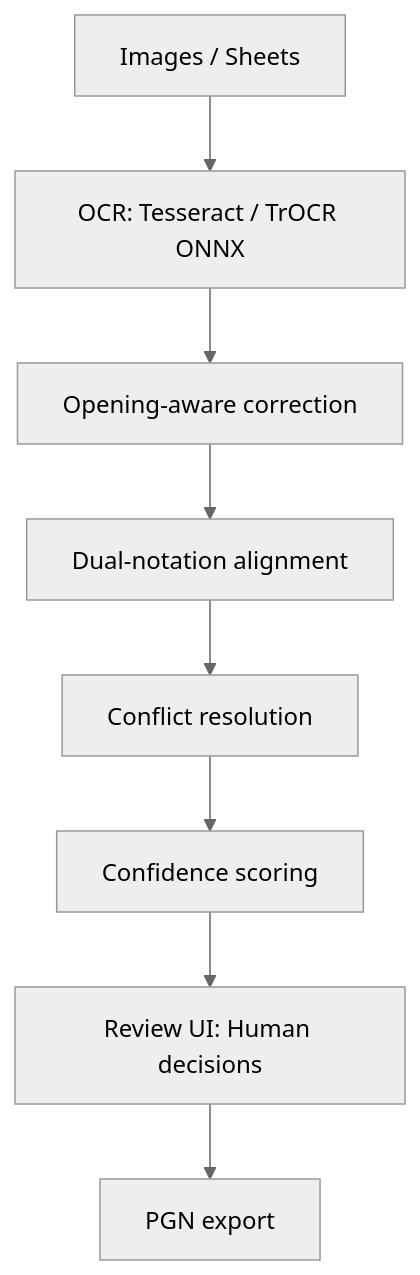
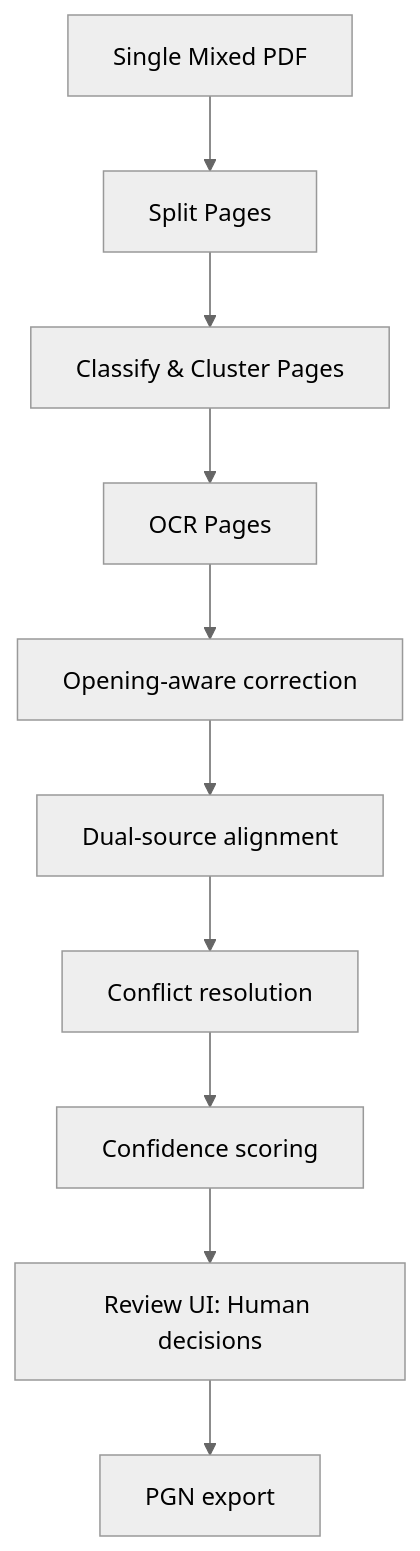
Before and after one commit to mreddy-adulla/chess-in-one-ocr: the third of 3 diagrams in v_8_distributed_deployment_and_release_plan.md, drawn with Mermaid (neutral theme). The commit also changed other lines of this file and 5 other files, not shown here.

Commit message:
Phase 2: Dual-Notation Reconciliation (Updated for Mixed PDF)

````diff
--- a/v_8_distributed_deployment_and_release_plan.md
+++ b/v_8_distributed_deployment_and_release_plan.md
@@ -428,10 +431,12 @@
 ```mermaid
 graph TD
-    Input[Images / Sheets] --> OCR[OCR: Tesseract / TrOCR ONNX]
+    Input[Single Mixed PDF] --> Split[Split Pages]
+    Split --> Classify[Classify & Cluster Pages]
+    Classify --> OCR[OCR Pages]
     OCR --> OpenFix[Opening-aware correction]
-    OpenFix --> DualAlign[Dual-notation alignment]
+    OpenFix --> DualAlign[Dual-source alignment]
     DualAlign --> ConflictRes[Conflict resolution]
     ConflictRes --> ConfScore[Confidence scoring]
     ConfScore --> ReviewUI[Review UI: Human decisions]
     ReviewUI --> PGN[PGN export]
 ```
````
